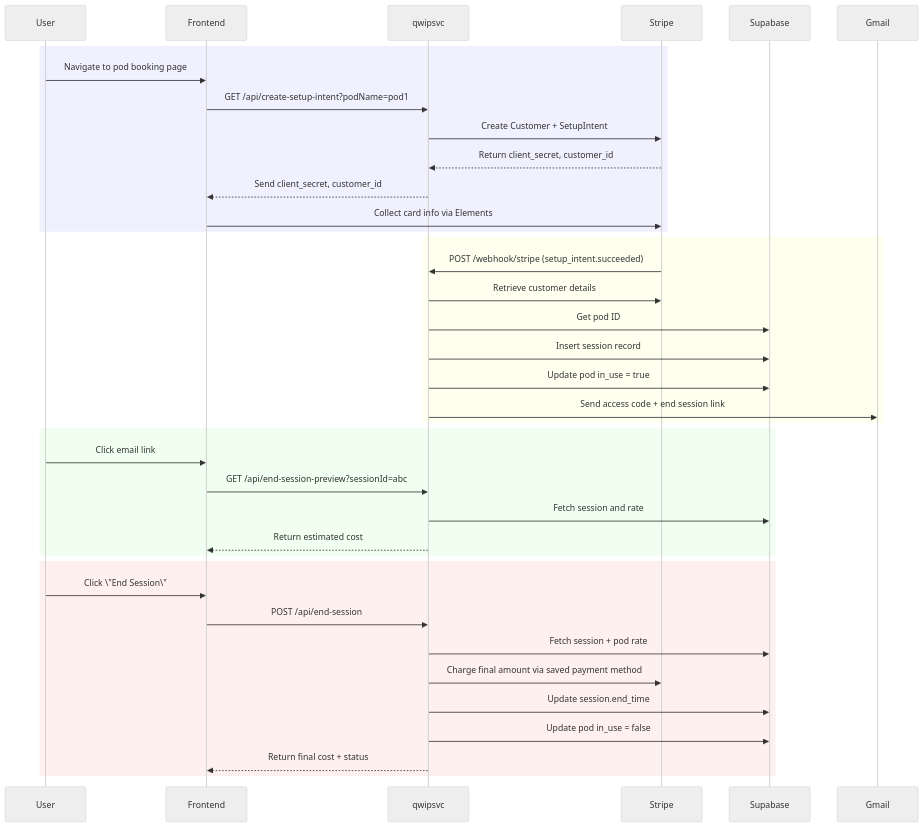
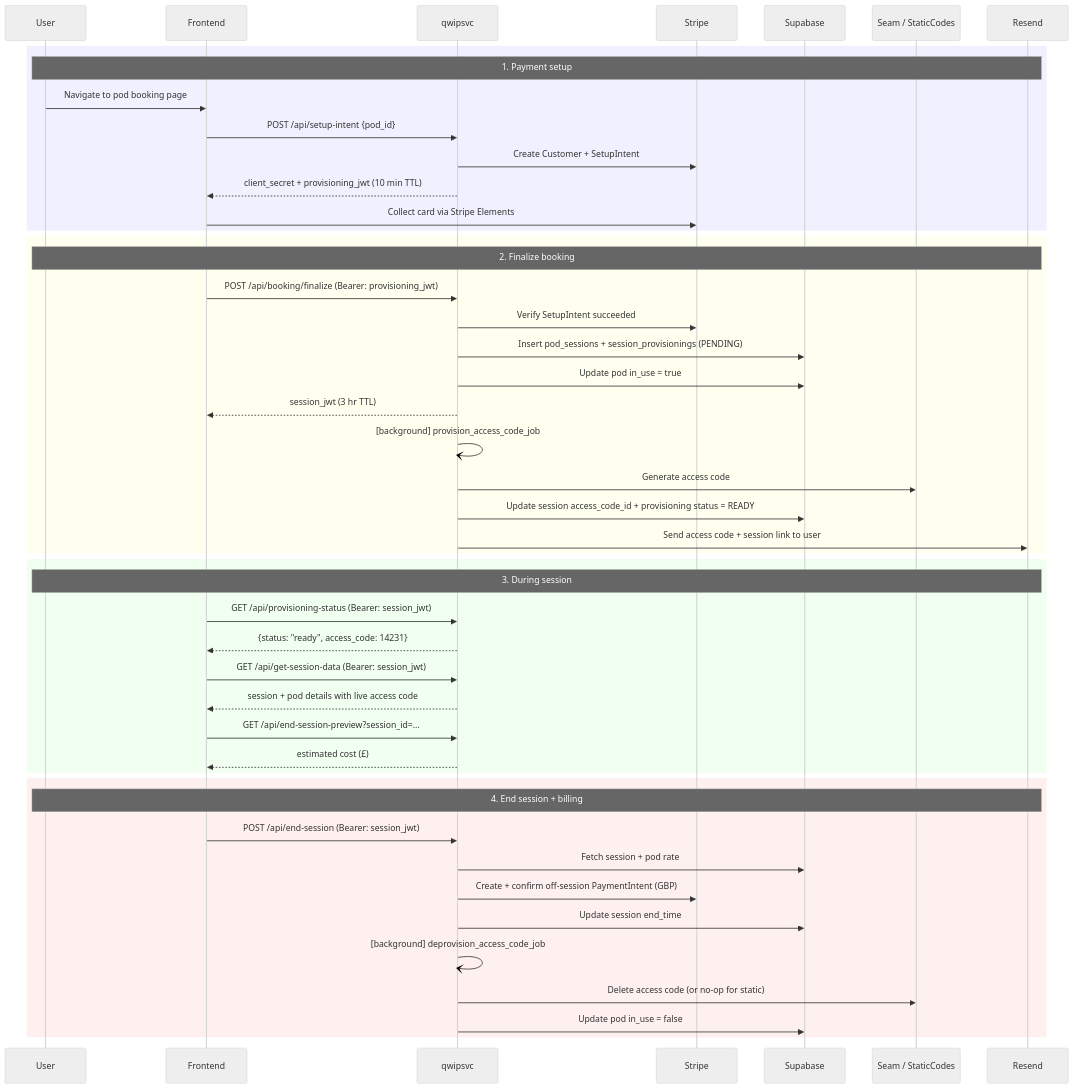
One commit to shreyassaxena99/qwipsvc changed the diagram in README.md. Above: the diagram before and after it, drawn with Mermaid (neutral theme). The commit also changed other lines of this file, not shown here.

````diff
--- a/README.md
+++ b/README.md
@@ -9,44 +15,53 @@
 ```mermaid
 sequenceDiagram
     participant User
     participant Frontend
     participant qwipsvc
     participant Stripe
     participant Supabase
-    participant Gmail
+    participant Seam / StaticCodes
+    participant Resend
 
     rect rgb(240, 240, 255)
-    User ->> Frontend: Navigate to pod booking page
-    Frontend ->> qwipsvc: GET /api/create-setup-intent?podName=pod1
-    qwipsvc ->> Stripe: Create Customer + SetupIntent
-    Stripe -->> qwipsvc: Return client_secret, customer_id
-    qwipsvc -->> Frontend: Send client_secret, customer_id
-    Frontend ->> Stripe: Collect card info via Elements
+    note over User,Resend: 1. Payment setup
+    User->>Frontend: Navigate to pod booking page
+    Frontend->>qwipsvc: POST /api/setup-intent {pod_id}
+    qwipsvc->>Stripe: Create Customer + SetupIntent
+    qwipsvc-->>Frontend: client_secret + provisioning_jwt (10 min TTL)
+    Frontend->>Stripe: Collect card via Stripe Elements
     end
 
     rect rgb(255, 255, 240)
-    Stripe ->> qwipsvc: POST /webhook/stripe (setup_intent.succeeded)
-    qwipsvc ->> Stripe: Retrieve customer details
-    qwipsvc ->> Supabase: Get pod ID
-    qwipsvc ->> Supabase: Insert session record
-    qwipsvc ->> Supabase: Update pod in_use = true
-    qwipsvc ->> Gmail: Send access code + end session link
+    note over User,Resend: 2. Finalize booking
+    Frontend->>qwipsvc: POST /api/booking/finalize (Bearer: provisioning_jwt)
+    qwipsvc->>Stripe: Verify SetupIntent succeeded
+    qwipsvc->>Supabase: Insert pod_sessions + session_provisionings (PENDING)
+    qwipsvc->>Supabase: Update pod in_use = true
+    qwipsvc-->>Frontend: session_jwt (3 hr TTL)
+    qwipsvc-)qwipsvc: [background] provision_access_code_job
+    qwipsvc->>Seam / StaticCodes: Generate access code
+    qwipsvc->>Supabase: Update session access_code_id + provisioning status = READY
+    qwipsvc->>Resend: Send access code + session link to user
     end
 
     rect rgb(240, 255, 240)
-    User ->> Frontend: Click email link
-    Frontend ->> qwipsvc: GET /api/end-session-preview?sessionId=abc
-    qwipsvc ->> Supabase: Fetch session and rate
-    qwipsvc -->> Frontend: Return estimated cost
+    note over User,Resend: 3. During session
+    Frontend->>qwipsvc: GET /api/provisioning-status (Bearer: session_jwt)
+    qwipsvc-->>Frontend: {status: "ready", access_code: 14231}
+    Frontend->>qwipsvc: GET /api/get-session-data (Bearer: session_jwt)
+    qwipsvc-->>Frontend: session + pod details with live access code
+    Frontend->>qwipsvc: GET /api/end-session-preview?session_id=...
+    qwipsvc-->>Frontend: estimated cost (£)
     end
 
     rect rgb(255, 240, 240)
-    User ->> Frontend: Click \"End Session\"
-    Frontend ->> qwipsvc: POST /api/end-session
-    qwipsvc ->> Supabase: Fetch session + pod rate
-    qwipsvc ->> Stripe: Charge final amount via saved payment method
-    qwipsvc ->> Supabase: Update session.end_time
-    qwipsvc ->> Supabase: Update pod in_use = false
-    qwipsvc -->> Frontend: Return final cost + status
+    note over User,Resend: 4. End session + billing
+    Frontend->>qwipsvc: POST /api/end-session (Bearer: session_jwt)
+    qwipsvc->>Supabase: Fetch session + pod rate
+    qwipsvc->>Stripe: Create + confirm off-session PaymentIntent (GBP)
+    qwipsvc->>Supabase: Update session end_time
+    qwipsvc-)qwipsvc: [background] deprovision_access_code_job
+    qwipsvc->>Seam / StaticCodes: Delete access code (or no-op for static)
+    qwipsvc->>Supabase: Update pod in_use = false
     end
 ```
````
